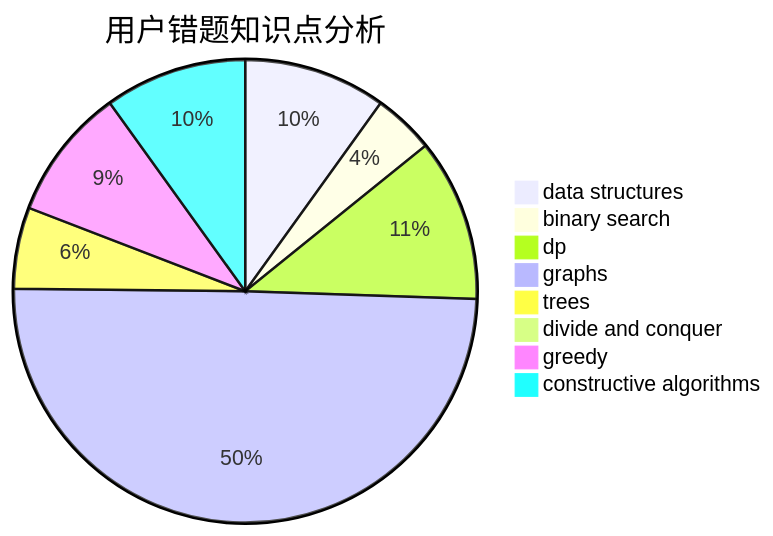
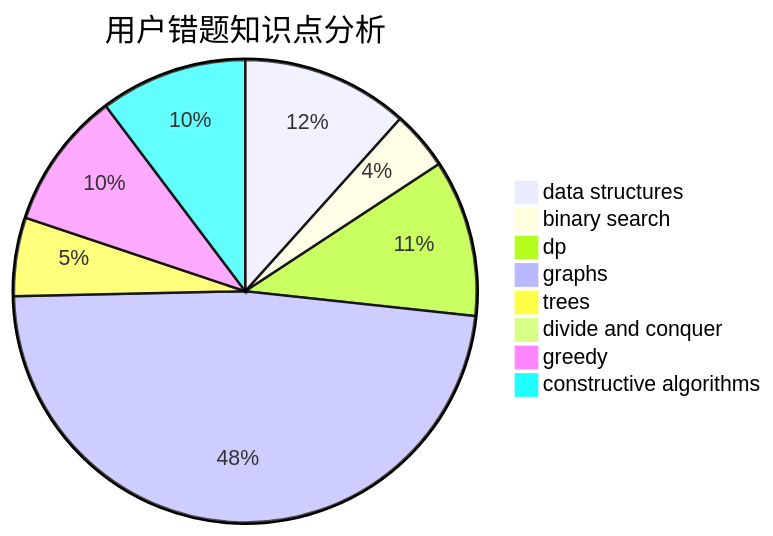
One commit to sherpahu/cfrs.github.io changed the third of 3 diagrams in docs/user/u2105.md. Above: the diagram before and after it, drawn with Mermaid. The commit also changed other lines of this file and 2770 other files, not shown here.

````diff
--- a/docs/user/u2105.md
+++ b/docs/user/u2105.md
@@ -36,11 +36,11 @@
 ```mermaid
 pie title 用户错题知识点分析
-    "data structures" :  14
+    "data structures" :  17
     "binary search" :  6
     "dp" :  16
     "graphs" :  70
     "trees" :  8
     "divide and conquer" :  0
-    "greedy" :  13
-    "constructive algorithms" :  14
+    "greedy" :  14
+    "constructive algorithms" :  15
 ```
````
